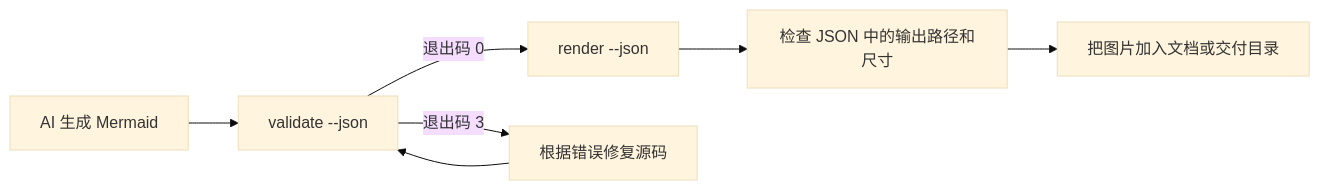
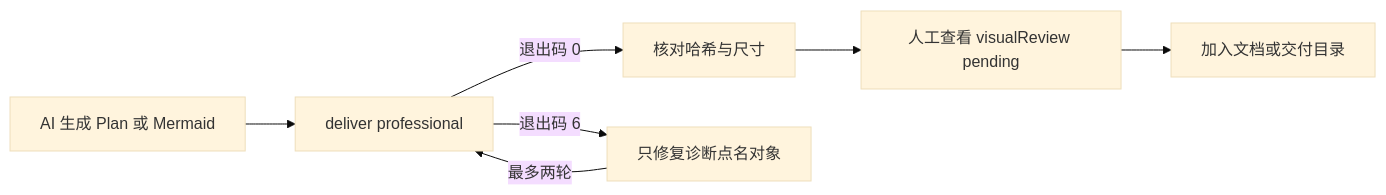
The diagram in chart-visualizer/docs/cli-guide.md (Fengsha5201314/Codebuddy_001_mermaid-markmap), drawn with Mermaid (base theme) before and after one commit. The commit also changed other lines of this file and 43 other files, not shown here.

Commit message:
feat: add reliable diagram delivery pipeline

````diff
--- a/chart-visualizer/docs/cli-guide.md
+++ b/chart-visualizer/docs/cli-guide.md
@@ -121,9 +126,9 @@
 ```mermaid
 flowchart LR
-  A[AI 生成 Mermaid] --> B[validate --json]
-  B -->|退出码 0| C[render --json]
-  B -->|退出码 3| D[根据错误修复源码]
-  D --> B
-  C --> E[检查 JSON 中的输出路径和尺寸]
-  E --> F[把图片加入文档或交付目录]
+  A[AI 生成 Plan 或 Mermaid] --> B[deliver professional]
+  B -->|退出码 0| C[核对哈希与尺寸]
+  B -->|退出码 6| D[只修复诊断点名对象]
+  D -->|最多两轮| B
+  C --> E[人工查看 visualReview pending]
+  E --> F[加入文档或交付目录]
 ```
````
